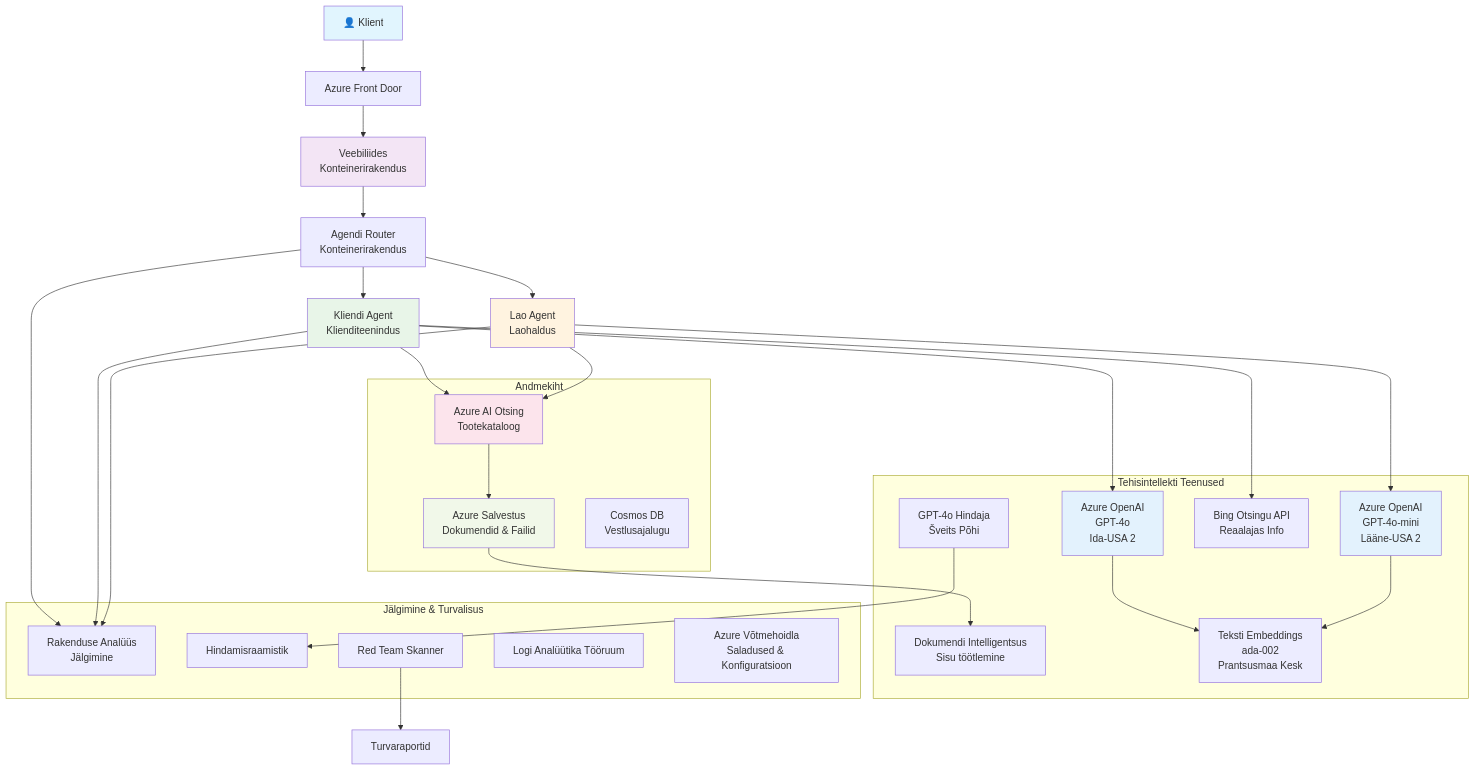
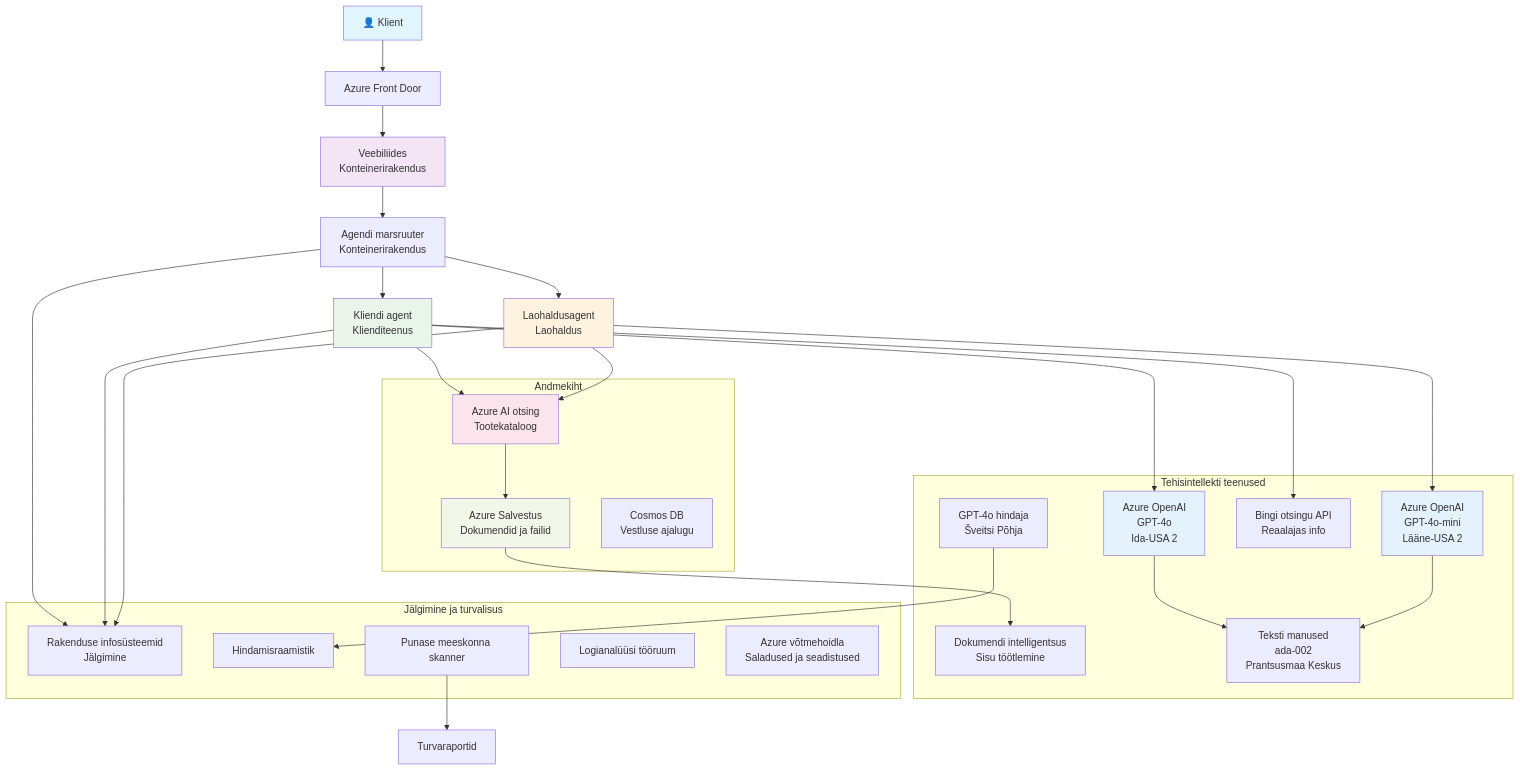
One commit to microsoft/AZD-for-beginners changed the diagram in translations/et/examples/retail-scenario.md. Above: the diagram before and after it, drawn with Mermaid. The commit also changed other lines of this file and 245 other files, not shown here.

````diff
--- a/translations/et/examples/retail-scenario.md
+++ b/translations/et/examples/retail-scenario.md
@@ -148,61 +139,61 @@
 ```mermaid
 graph TB
     User[👤 Klient] --> LB[Azure Front Door]
     LB --> WebApp[Veebiliides<br/>Konteinerirakendus]
     
-    WebApp --> Router[Agendi Router<br/>Konteinerirakendus]
-    Router --> CustomerAgent[Kliendi Agent<br/>Klienditeenindus]
-    Router --> InvAgent[Lao Agent<br/>Laohaldus]
+    WebApp --> Router[Agendi marsruuter<br/>Konteinerirakendus]
+    Router --> CustomerAgent[Kliendi agent<br/>Klienditeenus]
+    Router --> InvAgent[Laohaldusagent<br/>Laohaldus]
     
     CustomerAgent --> OpenAI1[Azure OpenAI<br/>GPT-4o<br/>Ida-USA 2]
     InvAgent --> OpenAI2[Azure OpenAI<br/>GPT-4o-mini<br/>Lääne-USA 2]
     
-    CustomerAgent --> AISearch[Azure AI Otsing<br/>Tootekataloog]
-    CustomerAgent --> BingSearch[Bing Otsingu API<br/>Reaalajas Info]
+    CustomerAgent --> AISearch[Azure AI otsing<br/>Tootekataloog]
+    CustomerAgent --> BingSearch[Bingi otsingu API<br/>Reaalajas info]
     InvAgent --> AISearch
     
-    AISearch --> Storage[Azure Salvestus<br/>Dokumendid & Failid]
-    Storage --> DocIntel[Dokumendi Intelligentsus<br/>Sisu töötlemine]
+    AISearch --> Storage[Azure Salvestus<br/>Dokumendid ja failid]
+    Storage --> DocIntel[Dokumendi intelligentsus<br/>Sisu töötlemine]
     
-    OpenAI1 --> Embeddings[Teksti Embeddings<br/>ada-002<br/>Prantsusmaa Kesk]
+    OpenAI1 --> Embeddings[Teksti manused<br/>ada-002<br/>Prantsusmaa Keskus]
     OpenAI2 --> Embeddings
     
-    Router --> AppInsights[Rakenduse Analüüs<br/>Jälgimine]
+    Router --> AppInsights[Rakenduse infosüsteemid<br/>Jälgimine]
     CustomerAgent --> AppInsights
     InvAgent --> AppInsights
     
-    GraderModel[GPT-4o Hindaja<br/>Šveits Põhi] --> Evaluation[Hindamisraamistik]
-    RedTeam[Red Team Skanner] --> SecurityReports[Turvaraportid]
+    GraderModel[GPT-4o hindaja<br/>Šveitsi Põhja] --> Evaluation[Hindamisraamistik]
+    RedTeam[Punase meeskonna skanner] --> SecurityReports[Turvaraportid]
     
     subgraph "Andmekiht"
         Storage
         AISearch
-        CosmosDB[Cosmos DB<br/>Vestlusajalugu]
+        CosmosDB[Cosmos DB<br/>Vestluse ajalugu]
     end
     
-    subgraph "Tehisintellekti Teenused"
+    subgraph "Tehisintellekti teenused"
         OpenAI1
         OpenAI2
         Embeddings
         GraderModel
         DocIntel
         BingSearch
     end
     
-    subgraph "Jälgimine & Turvalisus"
+    subgraph "Jälgimine ja turvalisus"
         AppInsights
-        LogAnalytics[Logi Analüütika Tööruum]
-        KeyVault[Azure Võtmehoidla<br/>Saladused & Konfiguratsioon]
+        LogAnalytics[Logianalüüsi tööruum]
+        KeyVault[Azure võtmehoidla<br/>Saladused ja seadistused]
         RedTeam
         Evaluation
     end
     
     style User fill:#e1f5fe
     style WebApp fill:#f3e5f5
     style CustomerAgent fill:#e8f5e8
     style InvAgent fill:#fff3e0
     style OpenAI1 fill:#e3f2fd
     style OpenAI2 fill:#e3f2fd
     style AISearch fill:#fce4ec
     style Storage fill:#f1f8e9
 ```
````
